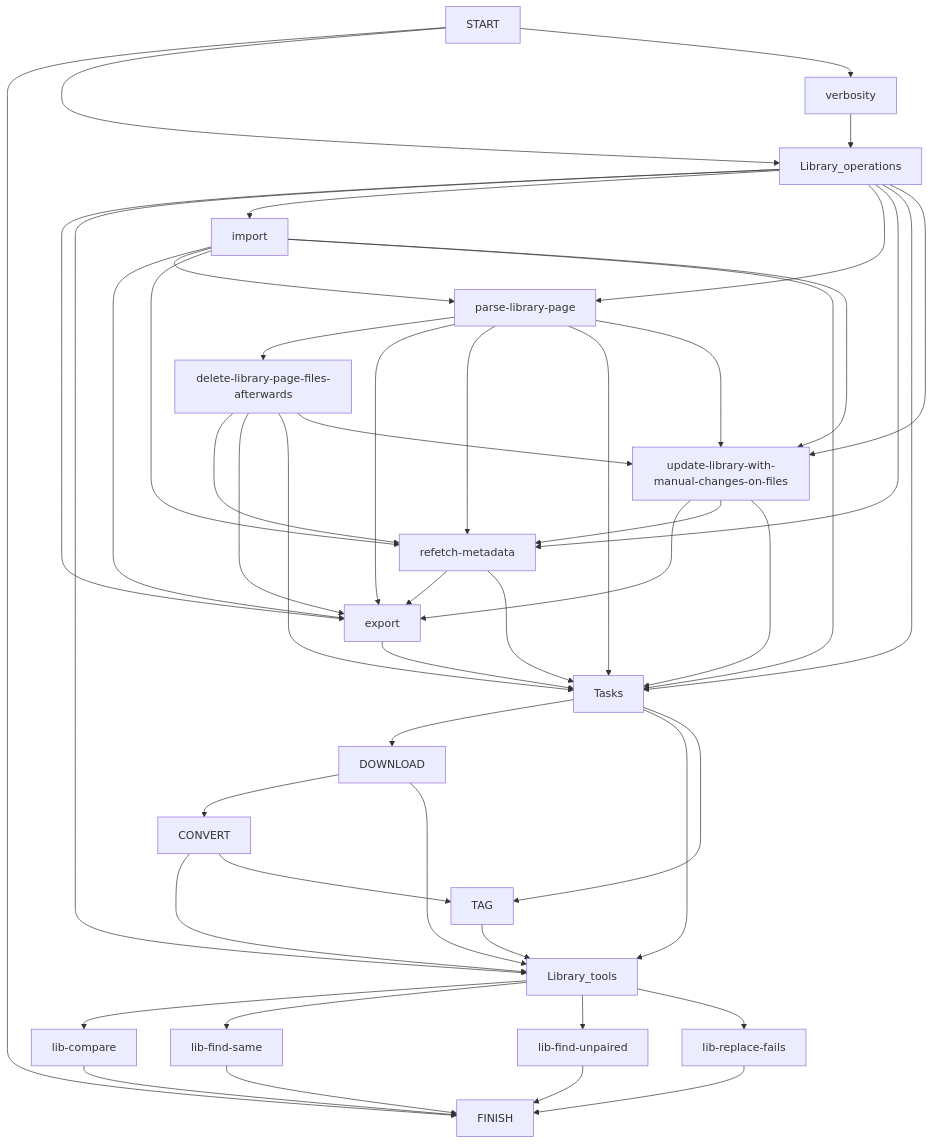
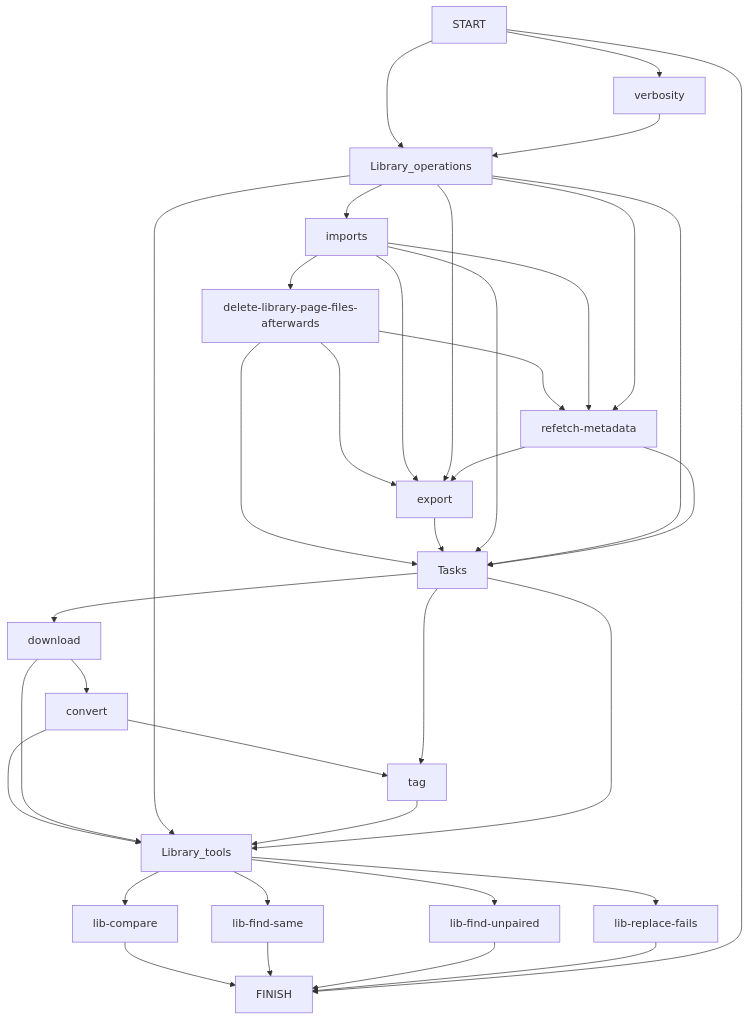
The diagram in readme.md (Egezenn/YTMASC), drawn with Mermaid before and after one commit. The commit also changed 9 other files, not shown here.

Commit message:
Condenses files, logic and some implementations - Implements multi import behavior - All the imports now use `update_library_for_watch_id` - Renaming of some functions

````diff
--- a/readme.md
+++ b/readme.md
@@ -58,46 +58,34 @@
 ```mermaid
 graph TD;
-CONVERT-->Library_tools
-CONVERT-->TAG
+convert-->Library_tools
+convert-->tag
 delete-library-page-files-afterwards--->refetch-metadata
 delete-library-page-files-afterwards-->export
 delete-library-page-files-afterwards-->Tasks
-delete-library-page-files-afterwards-->update-library-with-manual-changes-on-files
-DOWNLOAD-->CONVERT
-DOWNLOAD-->Library_tools
+download-->convert
+download-->Library_tools
 export-->Tasks
+imports-->delete-library-page-files-afterwards
+imports-->export
+imports-->refetch-metadata
+imports-->Tasks
+Library_operations-->export
+Library_operations-->imports
+Library_operations-->Library_tools
+Library_operations-->refetch-metadata
+Library_operations-->Tasks
 Library_tools-->lib-compare-->FINISH
 Library_tools-->lib-find-same-->FINISH
 Library_tools-->lib-find-unpaired-->FINISH
 Library_tools-->lib-replace-fails-->FINISH
-import-->export
-import-->parse-library-page
-import-->refetch-metadata
-import-->Tasks
-import-->update-library-with-manual-changes-on-files
-Library_operations-->export
-Library_operations-->Library_tools
-Library_operations-->import
-Library_operations-->parse-library-page
-Library_operations-->refetch-metadata
-Library_operations-->Tasks
-Library_operations-->update-library-with-manual-changes-on-files
-parse-library-page-->delete-library-page-files-afterwards
-parse-library-page-->export
-parse-library-page-->refetch-metadata
-parse-library-page-->Tasks
-parse-library-page-->update-library-with-manual-changes-on-files
 refetch-metadata-->export
 refetch-metadata-->Tasks
 START-->FINISH
 START-->Library_operations
 START-->verbosity
-TAG-->Library_tools
-Tasks-->DOWNLOAD
+tag-->Library_tools
+Tasks-->download
 Tasks-->Library_tools
-Tasks-->TAG
-update-library-with-manual-changes-on-files-->export
-update-library-with-manual-changes-on-files-->refetch-metadata
-update-library-with-manual-changes-on-files-->Tasks
+Tasks-->tag
 verbosity-->Library_operations
 ```
````
